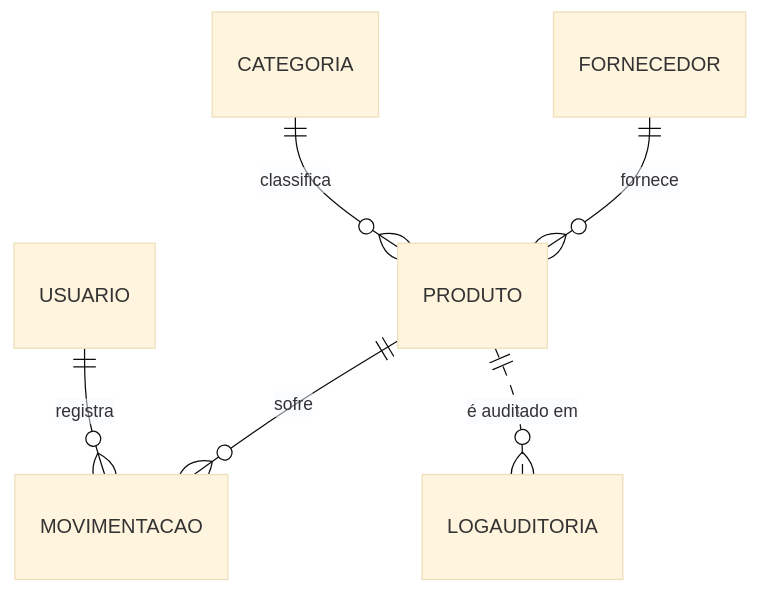
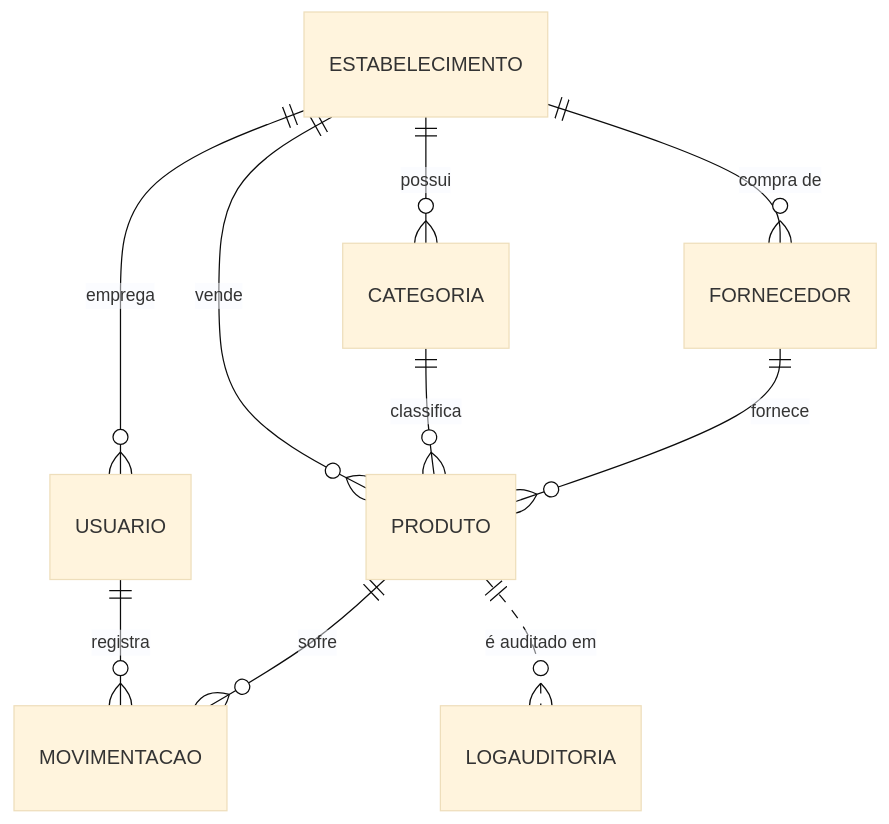
Before and after one commit to kaiquethomaz/PIM-4: the diagram in docs/relatorio/02-banco-de-dados.md, drawn with Mermaid (base theme). The commit also changed other lines of this file and 59 other files, not shown here.

````diff
--- a/docs/relatorio/02-banco-de-dados.md
+++ b/docs/relatorio/02-banco-de-dados.md
@@ -27,8 +29,12 @@
 ```mermaid
 erDiagram
+    ESTABELECIMENTO ||--o{ USUARIO : "emprega"
+    ESTABELECIMENTO ||--o{ CATEGORIA : "possui"
+    ESTABELECIMENTO ||--o{ FORNECEDOR : "compra de"
+    ESTABELECIMENTO ||--o{ PRODUTO : "vende"
     USUARIO ||--o{ MOVIMENTACAO : "registra"
     PRODUTO ||--o{ MOVIMENTACAO : "sofre"
     CATEGORIA ||--o{ PRODUTO : "classifica"
     FORNECEDOR ||--o{ PRODUTO : "fornece"
     PRODUTO ||..o{ LOGAUDITORIA : "é auditado em"
 ```
````
